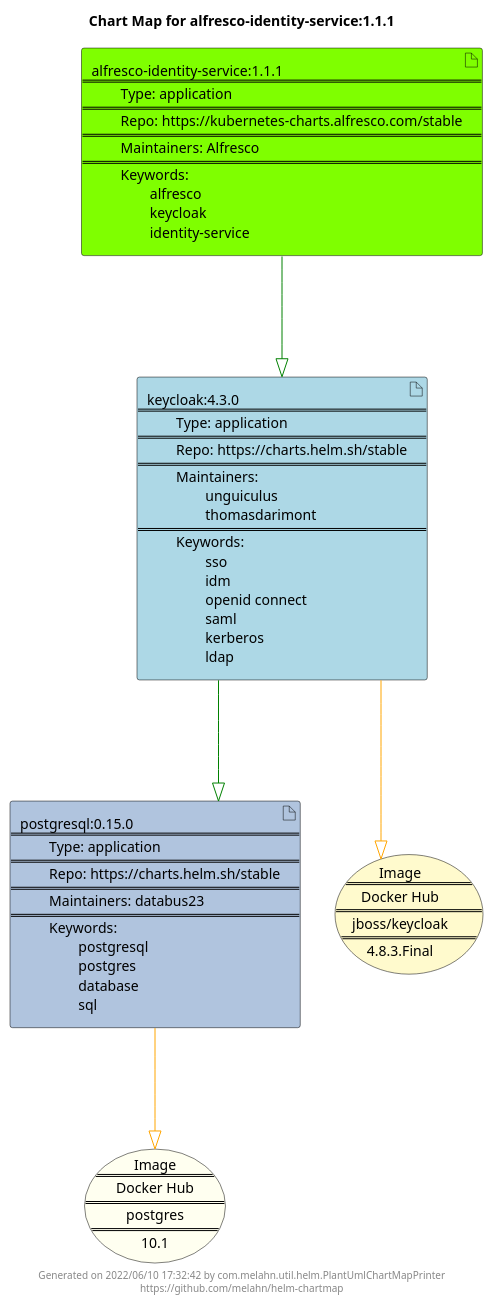
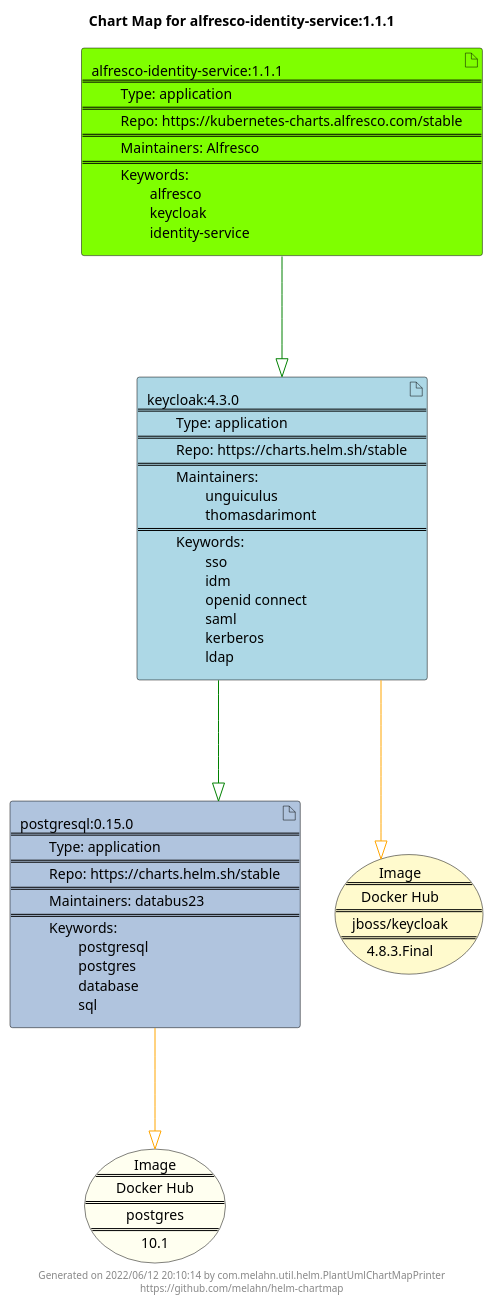
The diagram in docs/alfresco-identity-service/alfresco-identity-service-1.1.1.puml (melahn/helm-chartmap), drawn with PlantUML before and after one commit. The commit also changed 59 other files, not shown here.

Commit message:
Update Example Chart Maps as part of GitHub build

```diff
--- a/docs/alfresco-identity-service/alfresco-identity-service-1.1.1.puml
+++ b/docs/alfresco-identity-service/alfresco-identity-service-1.1.1.puml
@@ -1,27 +1,27 @@
 @startuml
 skinparam linetype ortho
 skinparam backgroundColor white
 skinparam usecaseBorderColor black
 skinparam usecaseArrowColor LightSlateGray
 skinparam artifactBorderColor black
 skinparam artifactArrowColor LightSlateGray
 
 title Chart Map for alfresco-identity-service:1.1.1
 
 'There are 3 referenced Helm Charts
 artifact "postgresql:0.15.0\n====\n\tType: application\n====\n\tRepo: https://charts.helm.sh/stable\n====\n\tMaintainers: databus23\n====\n\tKeywords: \n\t\tpostgresql\n\t\tpostgres\n\t\tdatabase\n\t\tsql" as postgresql_0_15_0 #LightSteelBlue
 artifact "alfresco-identity-service:1.1.1\n====\n\tType: application\n====\n\tRepo: https://kubernetes-charts.alfresco.com/stable\n====\n\tMaintainers: Alfresco\n====\n\tKeywords: \n\t\talfresco\n\t\tkeycloak\n\t\tidentity-service" as alfresco_identity_service_1_1_1 #Chartreuse
 artifact "keycloak:4.3.0\n====\n\tType: application\n====\n\tRepo: https://charts.helm.sh/stable\n====\n\tMaintainers: \n\t\tunguiculus\n\t\tthomasdarimont\n====\n\tKeywords: \n\t\tsso\n\t\tidm\n\t\topenid connect\n\t\tsaml\n\t\tkerberos\n\t\tldap" as keycloak_4_3_0 #LightBlue
 
 'There are 2 referenced Docker Images
 usecase "Image\n====\nDocker Hub\n====\npostgres\n====\n10.1" as postgres_10_1 #Ivory
 usecase "Image\n====\nDocker Hub\n====\njboss/keycloak\n====\n4.8.3.Final" as jboss_keycloak_4_8_3_Final #LemonChiffon
 
 'Chart Dependencies
 alfresco_identity_service_1_1_1--[#green]-|>keycloak_4_3_0
 keycloak_4_3_0--[#green]-|>postgresql_0_15_0
 postgresql_0_15_0--[#orange]-|>postgres_10_1
 keycloak_4_3_0--[#orange]-|>jboss_keycloak_4_8_3_Final
 
-center footer Generated on 2022/06/10 17:32:42 by com.melahn.util.helm.PlantUmlChartMapPrinter\nhttps://github.com/melahn/helm-chartmap
+center footer Generated on 2022/06/12 20:10:14 by com.melahn.util.helm.PlantUmlChartMapPrinter\nhttps://github.com/melahn/helm-chartmap
 @enduml
```
